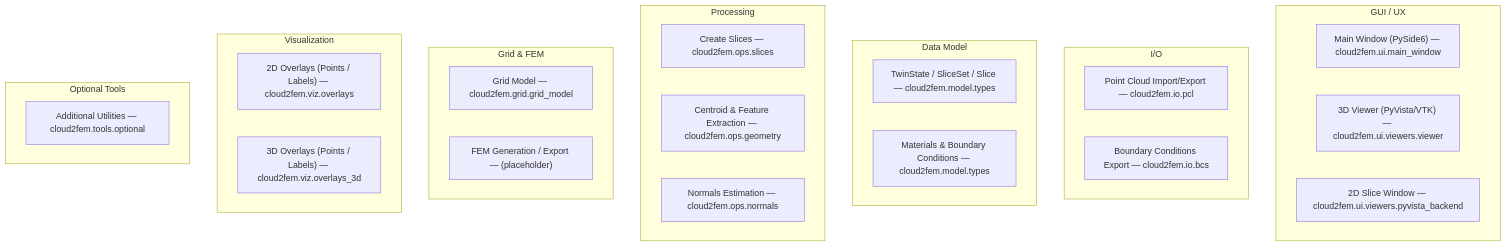
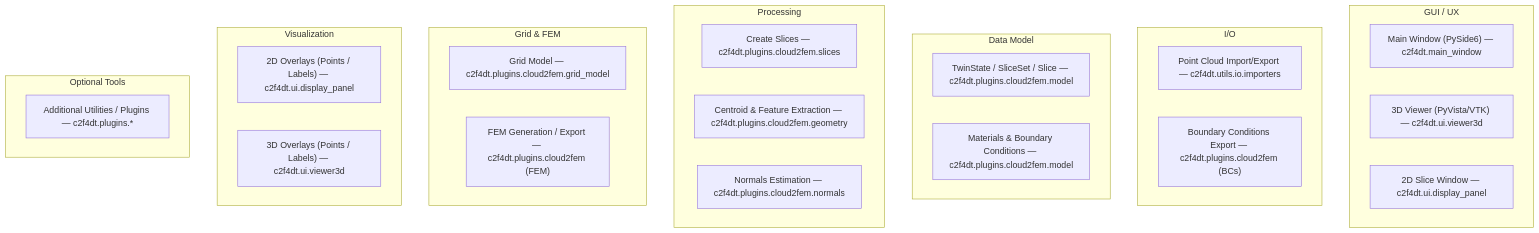
The diagram in docs/guide/flowchart.md (gcastellazzi/C2F4DT), drawn with Mermaid before and after one commit. The commit also changed other lines of this file and 246 other files, not shown here.

First line of the commit message:
Initial commit of C2F4DT – Cloud to FEM Data Toolkit

````diff
--- a/docs/guide/flowchart.md
+++ b/docs/guide/flowchart.md
@@ -5,39 +8,39 @@
 ```mermaid
 flowchart TD
   %% Grouped by responsibility
   subgraph "GUI / UX"
-    A1["Main Window (PySide6) — cloud2fem.ui.main_window"]
-    A2["3D Viewer (PyVista/VTK) — cloud2fem.ui.viewers.viewer"]
-    A3["2D Slice Window — cloud2fem.ui.viewers.pyvista_backend"]
+    A1["Main Window (PySide6) — c2f4dt.main_window"]
+    A2["3D Viewer (PyVista/VTK) — c2f4dt.ui.viewer3d"]
+    A3["2D Slice Window — c2f4dt.ui.display_panel"]
   end
 
   subgraph "I/O"
-    B1["Point Cloud Import/Export — cloud2fem.io.pcl"]
-    B2["Boundary Conditions Export — cloud2fem.io.bcs"]
+    B1["Point Cloud Import/Export — c2f4dt.utils.io.importers"]
+    B2["Boundary Conditions Export — c2f4dt.plugins.cloud2fem (BCs)"]
   end
 
   subgraph "Data Model"
-    C1["TwinState / SliceSet / Slice — cloud2fem.model.types"]
-    C2["Materials & Boundary Conditions — cloud2fem.model.types"]
+    C1["TwinState / SliceSet / Slice — c2f4dt.plugins.cloud2fem.model"]
+    C2["Materials & Boundary Conditions — c2f4dt.plugins.cloud2fem.model"]
   end
 
   subgraph "Processing"
-    D1["Create Slices — cloud2fem.ops.slices"]
-    D2["Centroid & Feature Extraction — cloud2fem.ops.geometry"]
-    D3["Normals Estimation — cloud2fem.ops.normals"]
+    D1["Create Slices — c2f4dt.plugins.cloud2fem.slices"]
+    D2["Centroid & Feature Extraction — c2f4dt.plugins.cloud2fem.geometry"]
+    D3["Normals Estimation — c2f4dt.plugins.cloud2fem.normals"]
   end
 
   subgraph "Grid & FEM"
-    E1["Grid Model — cloud2fem.grid.grid_model"]
-    E2["FEM Generation / Export — (placeholder)"]
+    E1["Grid Model — c2f4dt.plugins.cloud2fem.grid_model"]
+    E2["FEM Generation / Export — c2f4dt.plugins.cloud2fem (FEM)"]
   end
 
   subgraph "Visualization"
-    F1["2D Overlays (Points / Labels) — cloud2fem.viz.overlays"]
-    F2["3D Overlays (Points / Labels) — cloud2fem.viz.overlays_3d"]
+    F1["2D Overlays (Points / Labels) — c2f4dt.ui.display_panel"]
+    F2["3D Overlays (Points / Labels) — c2f4dt.ui.viewer3d"]
   end
 
   subgraph "Optional Tools"
-    G1["Additional Utilities — cloud2fem.tools.optional"]
+    G1["Additional Utilities / Plugins — c2f4dt.plugins.*"]
   end
   ```
````
